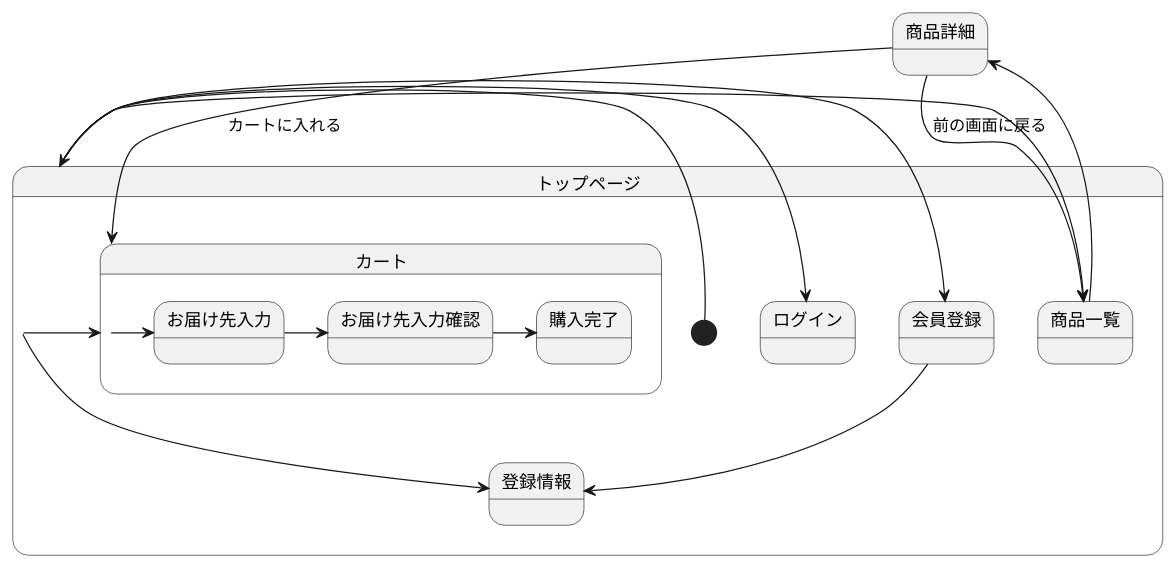
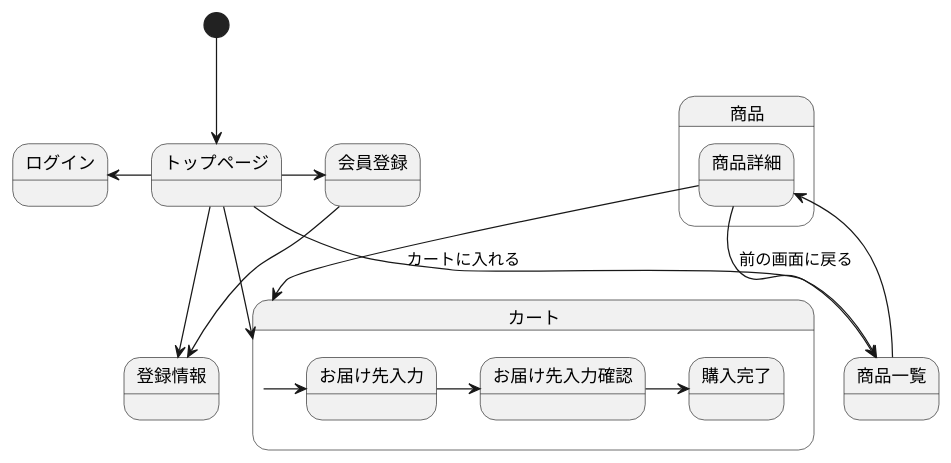
Before and after one commit to aso2001190/sys2021-design: the diagram in stm01.md, drawn with PlantUML.

````diff
--- a/stm01.md
+++ b/stm01.md
@@ -1,26 +1,25 @@
 ```uml
 @startuml
-
-state トップページ {
 [*] --> トップページ
 トップページ -> 会員登録
 トップページ -left-> ログイン
 トップページ --> カート
 トップページ --> 登録情報
 トップページ --> 商品一覧
-}
+
+state 商品 {
 商品一覧 --> 商品詳細
 商品詳細 --> 商品一覧 : 前の画面に戻る
 商品詳細 --> カート : カートに入れる
-
+}
 
 会員登録 --> 登録情報
 
 state カート {
 カート -> お届け先入力
 お届け先入力 -> お届け先入力確認
 お届け先入力確認 -> 購入完了
 }
 
 @enduml
 ```
````
